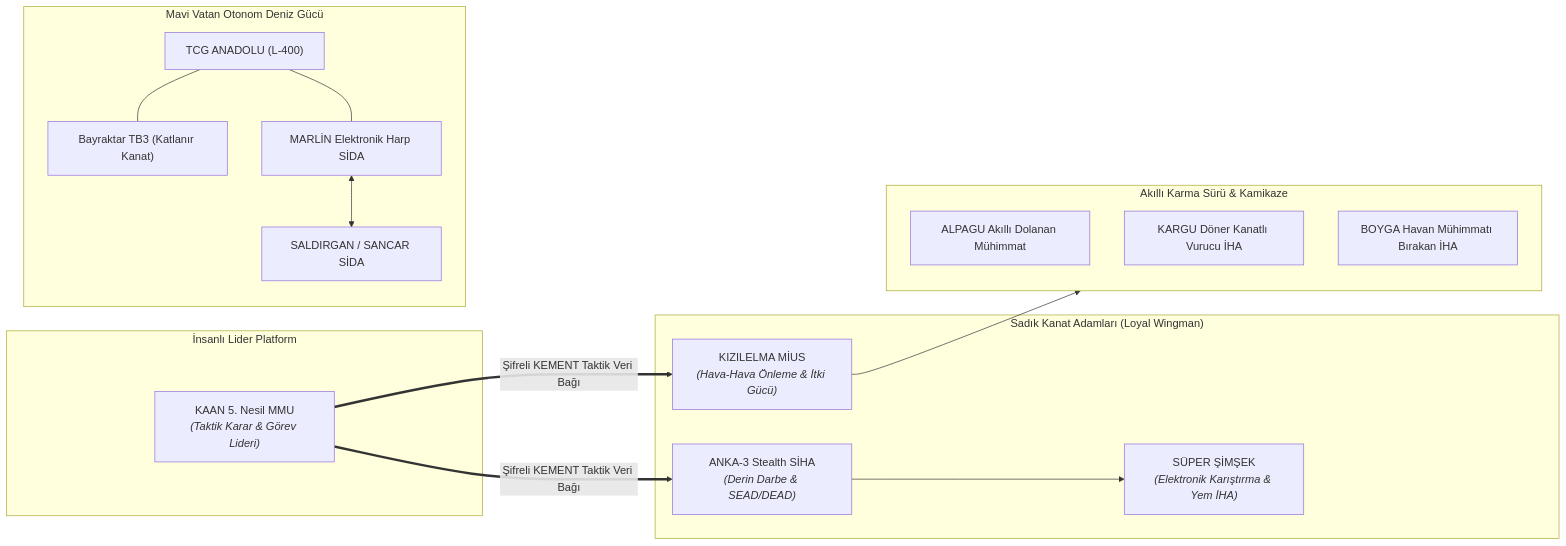
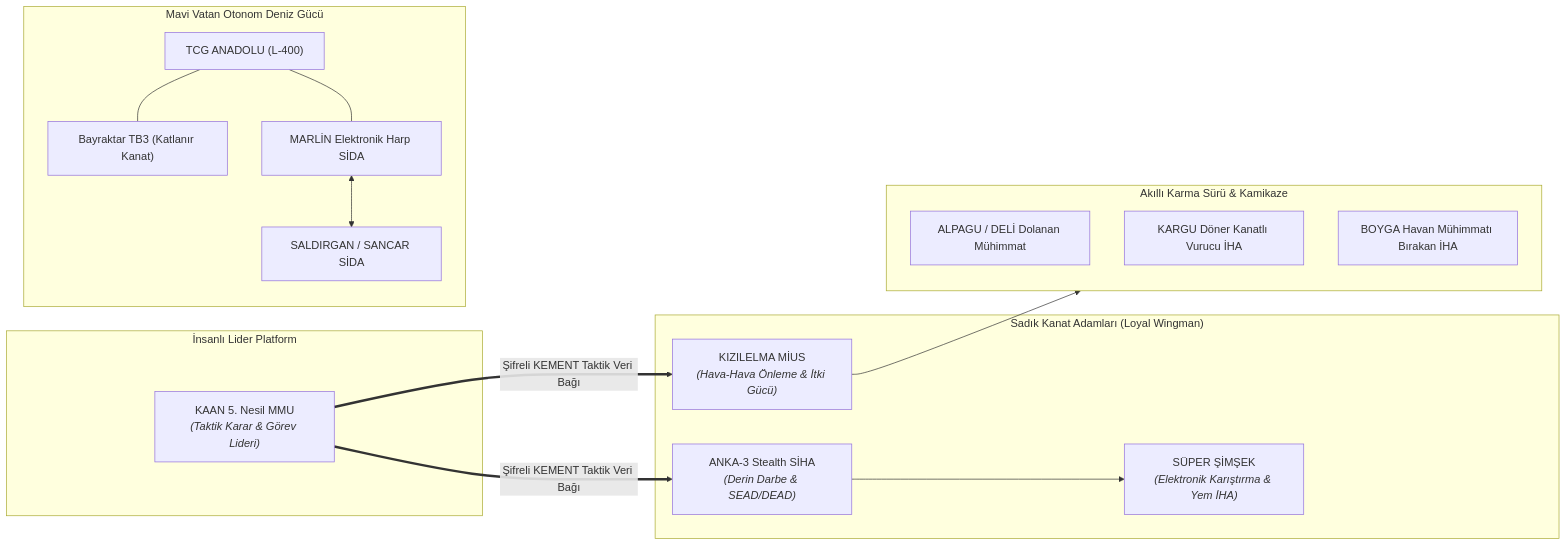
One commit to bahattinyunus/Milli-Teknoloji-Envanteri changed the second of 2 diagrams in README.md. Above: the diagram before and after it, drawn with Mermaid. The commit also changed other lines of this file and 52 other files, not shown here.

````diff
--- a/README.md
+++ b/README.md
@@ -332,33 +337,33 @@
 ```mermaid
 flowchart LR
     subgraph COMMAND_AIR ["İnsanlı Lider Platform"]
         KAAN["KAAN 5. Nesil MMU<br/><i>(Taktik Karar & Görev Lideri)</i>"]
     end
 
     subgraph UNMANNED_ESCORT ["Sadık Kanat Adamları (Loyal Wingman)"]
         KIZILELMA["KIZILELMA MİUS<br/><i>(Hava-Hava Önleme & İtki Gücü)</i>"]
         ANKA3["ANKA-3 Stealth SİHA<br/><i>(Derin Darbe & SEAD/DEAD)</i>"]
         SUPER_SIMSEK["SÜPER ŞİMŞEK<br/><i>(Elektronik Karıştırma & Yem İHA)</i>"]
     end
 
     subgraph SWARM_STRIKE ["Akıllı Karma Sürü & Kamikaze"]
-        ALPAGU["ALPAGU Akıllı Dolanan Mühimmat"]
+        ALPAGU["ALPAGU / DELİ Dolanan Mühimmat"]
         KARGU["KARGU Döner Kanatlı Vurucu İHA"]
         BOYGA["BOYGA Havan Mühimmatı Bırakan İHA"]
     end
 
     subgraph NAVAL_FORCE ["Mavi Vatan Otonom Deniz Gücü"]
         ANADOLU["TCG ANADOLU (L-400)"]
         TB3["Bayraktar TB3 (Katlanır Kanat)"]
         MARLIN["MARLİN Elektronik Harp SİDA"]
         SALDIRGAN["SALDIRGAN / SANCAR SİDA"]
     end
 
     KAAN ==>|Şifreli KEMENT Taktik Veri Bağı| KIZILELMA
     KAAN ==>|Şifreli KEMENT Taktik Veri Bağı| ANKA3
     ANKA3 --> SUPER_SIMSEK
     KIZILELMA --> SWARM_STRIKE
     ANADOLU --- TB3
     ANADOLU --- MARLIN
     MARLIN <--> SALDIRGAN
 ```
````
